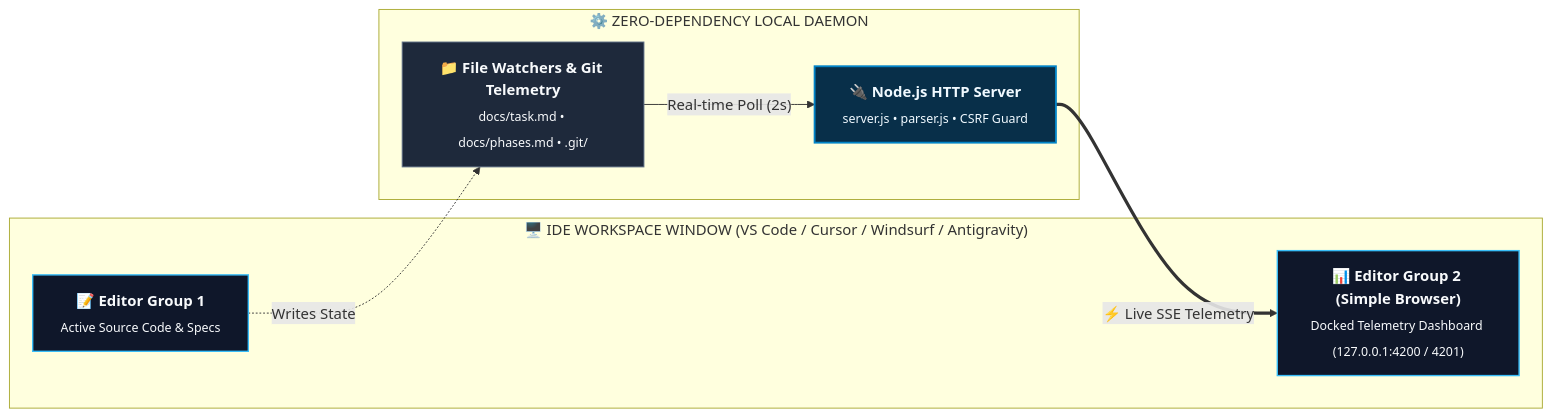
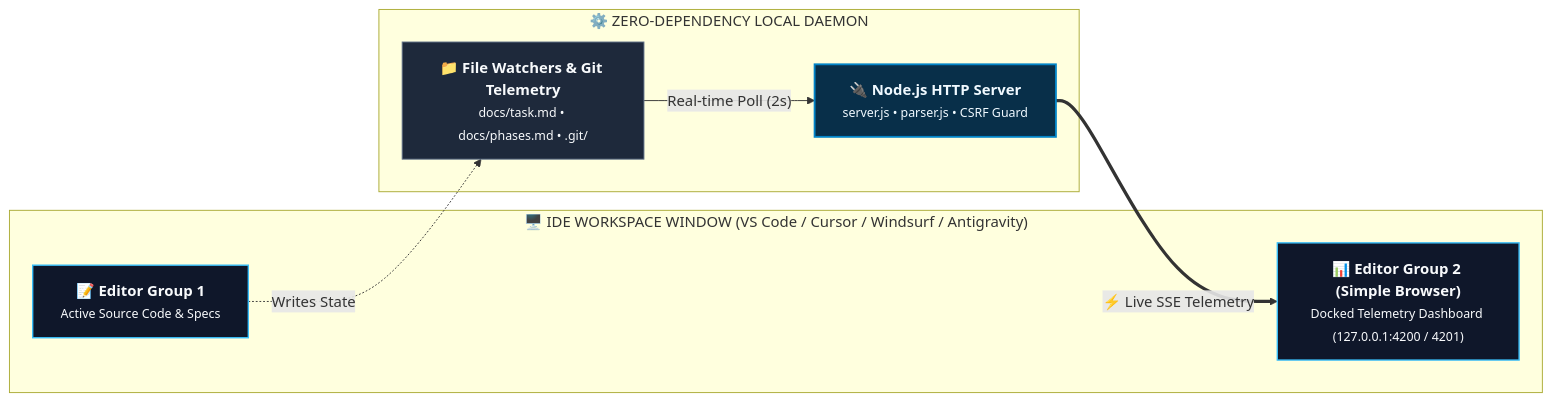
The sixth of 6 diagrams in README.md (rmsofficialsyt/Agentic-AI-Vibe-Coding-AND-SDD-TDD-Codebase-Chandan-Adhikary), drawn with Mermaid before and after one commit. The commit also changed other lines of this file and 27 other files, not shown here.

Commit message:
docs: resolve text overlap and scattering across all diagrams via semantic typography and layout contracts

````diff
--- a/README.md
+++ b/README.md
@@ -318,20 +318,20 @@
 ```mermaid
 flowchart LR
     classDef client fill:#0f172a,stroke:#38bdf8,stroke-width:1.5px,color:#f8fafc;
     classDef daemon fill:#082f49,stroke:#0284c7,stroke-width:2px,color:#f0f9ff;
     classDef store fill:#1e293b,stroke:#64748b,stroke-width:1px,color:#f8fafc;
 
     subgraph IDEWindow ["🖥️ IDE WORKSPACE WINDOW (VS Code / Cursor / Windsurf / Antigravity)"]
-        EditorGroup1["<b>📝 Editor Group 1</b><br/><sub>Active Source Code & Specs</sub>"]:::client
-        EditorGroup2["<b>📊 Editor Group 2 (Simple Browser)</b><br/><sub>Docked Telemetry Dashboard (127.0.0.1:4200 / 4201)</sub>"]:::client
+        EditorGroup1["<b>📝 Editor Group 1</b><br/><small>Active Source Code & Specs</small>"]:::client
+        EditorGroup2["<b>📊 Editor Group 2 (Simple Browser)</b><br/><small>Docked Telemetry Dashboard (127.0.0.1:4200 / 4201)</small>"]:::client
     end
 
     subgraph DaemonTier ["⚙️ ZERO-DEPENDENCY LOCAL DAEMON"]
-        Daemon["<b>🔌 Node.js HTTP Server</b><br/><sub>server.js • parser.js • CSRF Guard</sub>"]:::daemon
-        FileWatchers["<b>📁 File Watchers & Git Telemetry</b><br/><sub>docs/task.md • docs/phases.md • .git/</sub>"]:::store
+        Daemon["<b>🔌 Node.js HTTP Server</b><br/><small>server.js • parser.js • CSRF Guard</small>"]:::daemon
+        FileWatchers["<b>📁 File Watchers & Git Telemetry</b><br/><small>docs/task.md • docs/phases.md • .git/</small>"]:::store
     end
 
     FileWatchers -->|"Real-time Poll (2s)"| Daemon
     Daemon ==>|"⚡ Live SSE Telemetry"| EditorGroup2
     EditorGroup1 -.->|"Writes State"| FileWatchers
 ```
````
